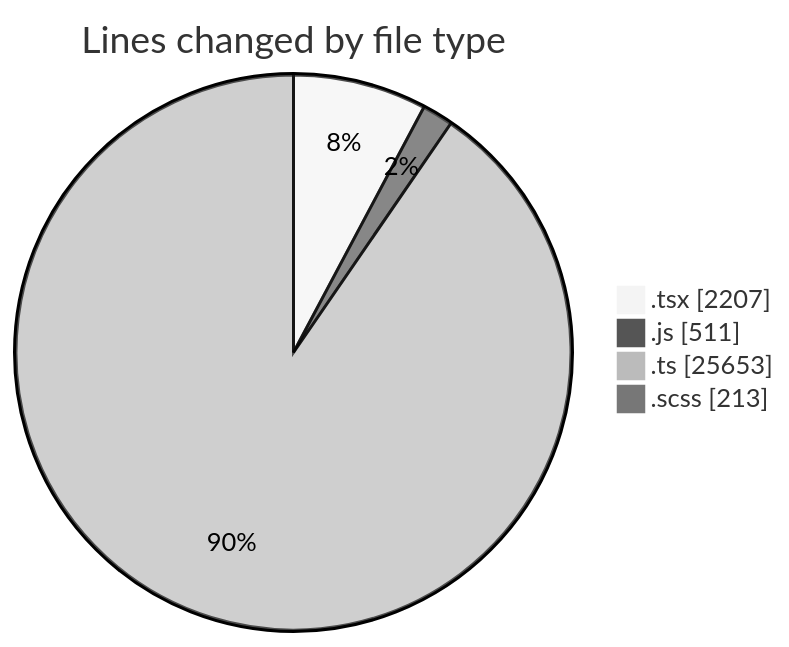
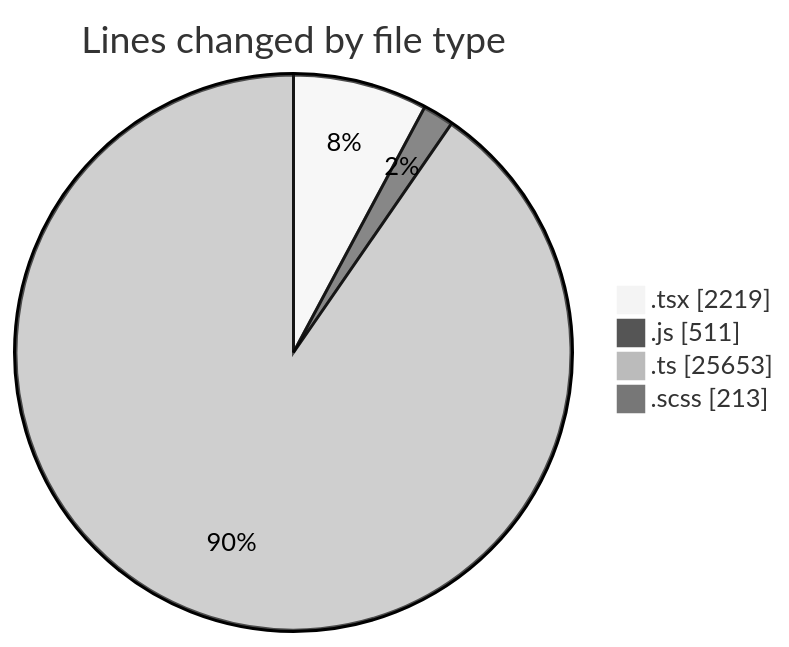
Before and after one commit to momahboobian/code-tracking: the first of 2 diagrams in 2025-06-30/cda/README.md, drawn with Mermaid (neutral theme). The commit also changed other lines of this file and 1 other file, not shown here.

````diff
--- a/2025-06-30/cda/README.md
+++ b/2025-06-30/cda/README.md
@@ -41,8 +41,8 @@
 ```mermaid
 pie showData
 title Lines changed by file type
-".tsx" : 2207
+".tsx" : 2219
 ".js" : 511
 ".ts" : 25653
 ".scss" : 213
 ```
````
